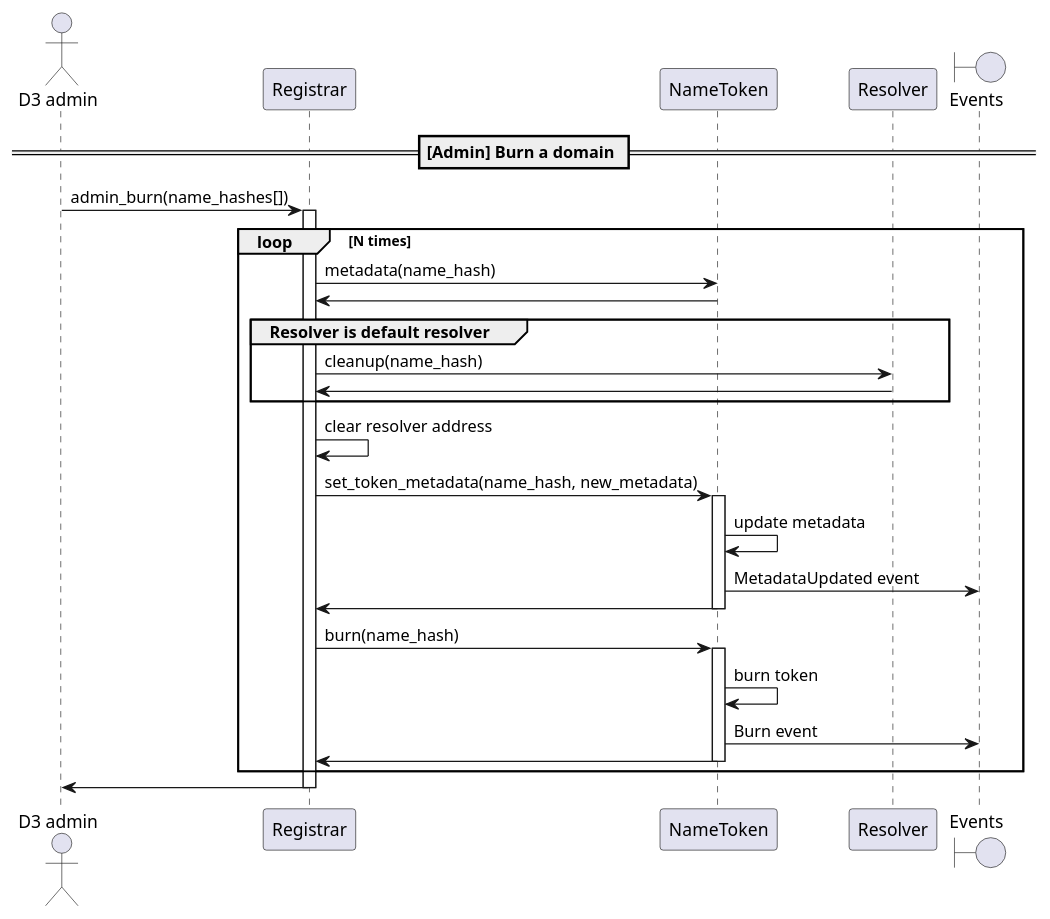
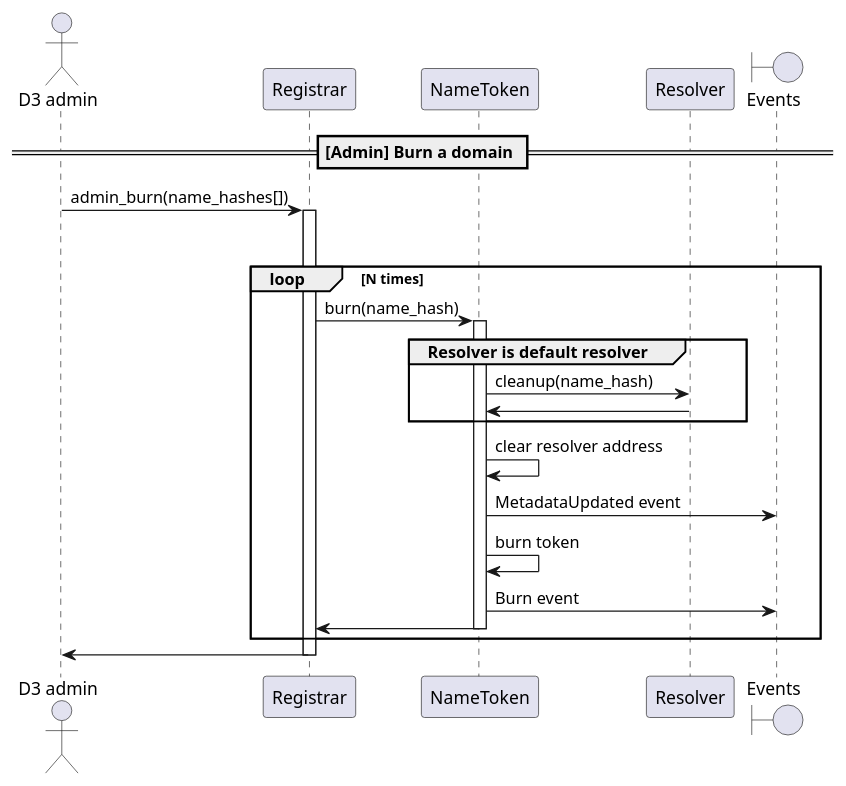
Before and after one commit to make-software/cspr-name-contracts: the diagram in docs/sequence-diagrams/puml/burn-domain.puml, drawn with PlantUML. The commit also changed 14 other files, not shown here.

Commit message:
- added set_default_resolver() to admin functions - modified transfer operations to call cleanup() and clear or set default resolver from nametoken contract instead of registrar - burn token calls cleanup and clears the resolver address. - removed puml file for secondary sale with fiat

```diff
--- a/docs/sequence-diagrams/puml/burn-domain.puml
+++ b/docs/sequence-diagrams/puml/burn-domain.puml
@@ -1,39 +1,33 @@
 @startuml
 'https://plantuml.com/sequence-diagram
 
 'autonumber
 actor "D3 admin"
 participant "Registrar"
 participant "NameToken"
 participant "Resolver"
 boundary "Events"
 
 == [Admin] Burn a domain ==
 
 "D3 admin" -> "Registrar": admin_burn(name_hashes[])
 activate Registrar
 loop N times
-    Registrar -> NameToken: metadata(name_hash)
-    NameToken -> Registrar
-    group Resolver is default resolver
-        Registrar -> Resolver: cleanup(name_hash)
-        Resolver -> Registrar:
-    end
-    Registrar -> Registrar: clear resolver address
-    Registrar -> NameToken: set_token_metadata(name_hash, new_metadata)
-    activate NameToken
-    NameToken -> NameToken: update metadata
-    NameToken -> "Events": MetadataUpdated event
-    NameToken -> Registrar
     deactivate NameToken
     Registrar -> NameToken: burn(name_hash)
     activate NameToken
+    group Resolver is default resolver
+        NameToken -> Resolver: cleanup(name_hash)
+        Resolver -> NameToken:
+    end
+    NameToken -> NameToken: clear resolver address
+    NameToken -> "Events": MetadataUpdated event
     NameToken -> NameToken: burn token
     NameToken -> "Events": Burn event
     NameToken -> Registrar
     deactivate NameToken
 end
 Registrar -> "D3 admin"
 deactivate Registrar
 
 @enduml
```
